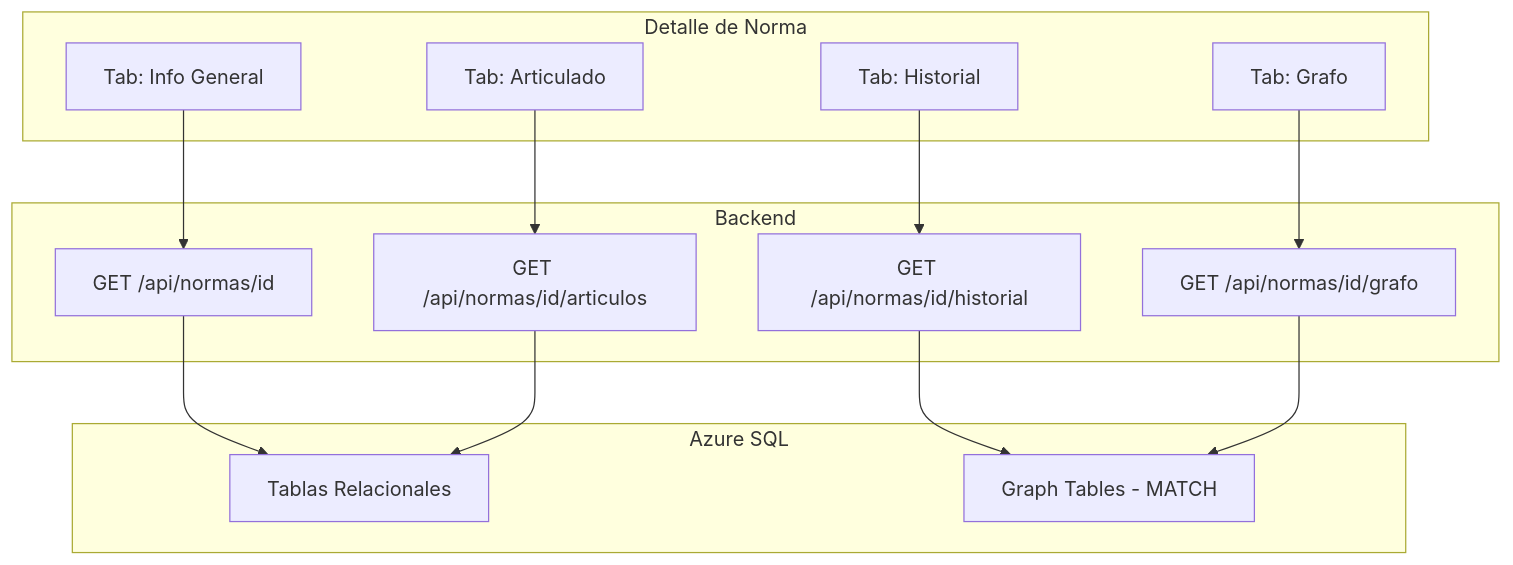
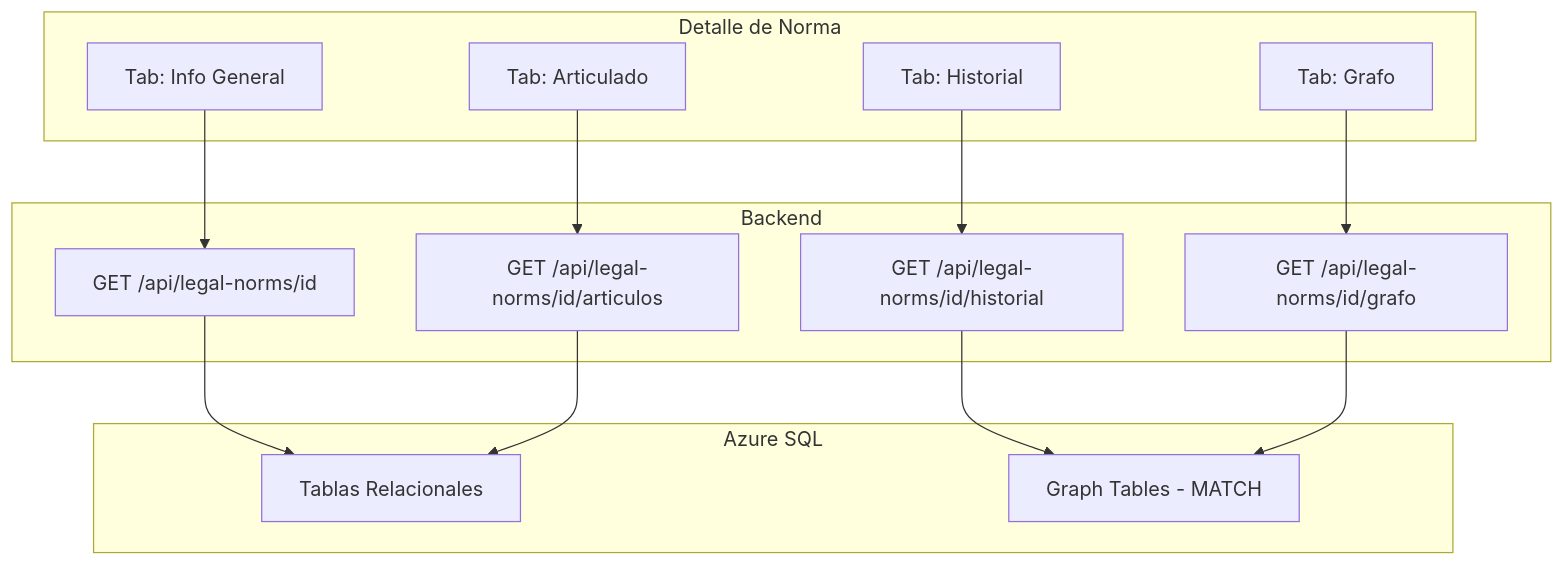
One commit to pablonux/legal-ai-ar changed the diagram in docs/roadmap/F05 - Legal Norm Detail/F05 - W01 - Comprehensive Documentation.md. Above: the diagram before and after it, drawn with Mermaid. The commit also changed other lines of this file and 173 other files, not shown here.

````diff
--- a/docs/roadmap/F05 - Legal Norm Detail/F05 - W01 - Comprehensive Documentation.md
+++ b/docs/roadmap/F05 - Legal Norm Detail/F05 - W01 - Comprehensive Documentation.md
@@ -18,23 +18,23 @@
 ```mermaid
 graph TB
     subgraph "Detalle de Norma"
         TAB1[Tab: Info General]
         TAB2[Tab: Articulado]
         TAB3[Tab: Historial]
         TAB4[Tab: Grafo]
     end
     subgraph Backend
-        E1[GET /api/normas/id]
-        E2[GET /api/normas/id/articulos]
-        E3[GET /api/normas/id/historial]
-        E4[GET /api/normas/id/grafo]
+        E1[GET /api/legal-norms/id]
+        E2[GET /api/legal-norms/id/articulos]
+        E3[GET /api/legal-norms/id/historial]
+        E4[GET /api/legal-norms/id/grafo]
     end
     subgraph "Azure SQL"
         RT[Tablas Relacionales]
         GT[Graph Tables - MATCH]
     end
     TAB1 --> E1 --> RT
     TAB2 --> E2 --> RT
     TAB3 --> E3 --> GT
     TAB4 --> E4 --> GT
 ```
````
